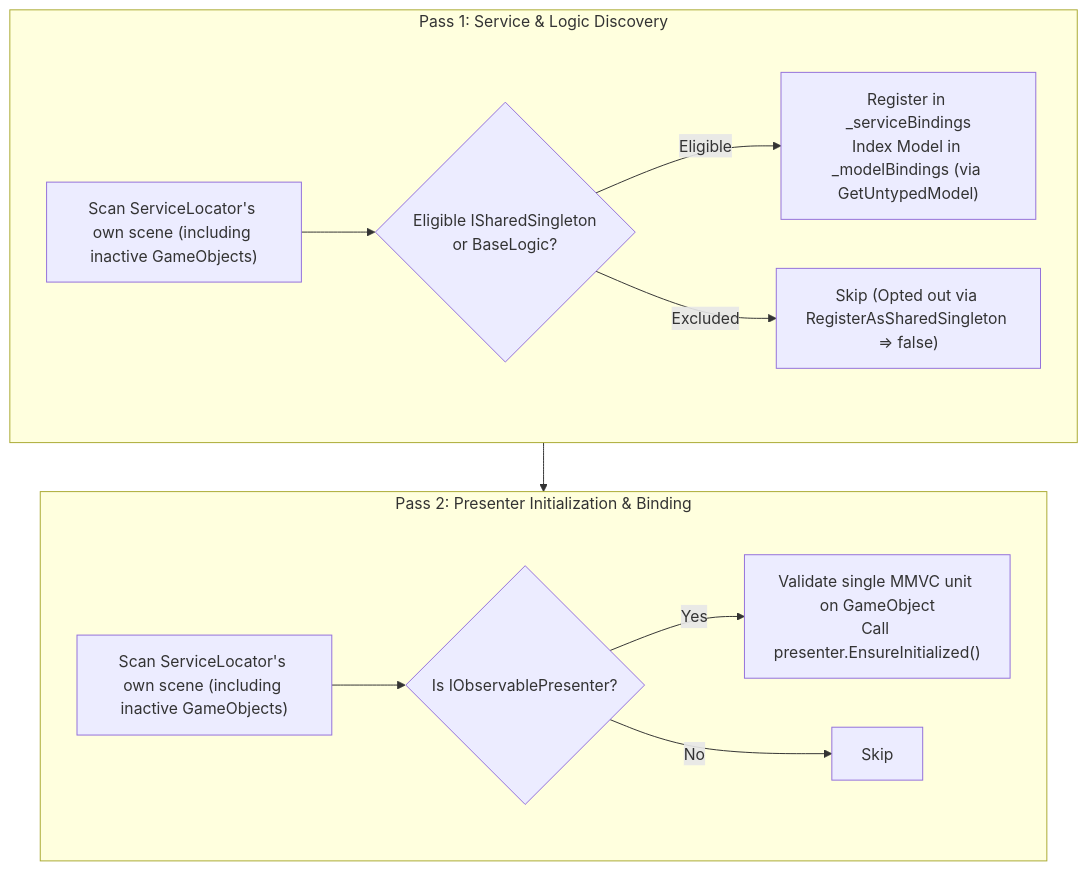
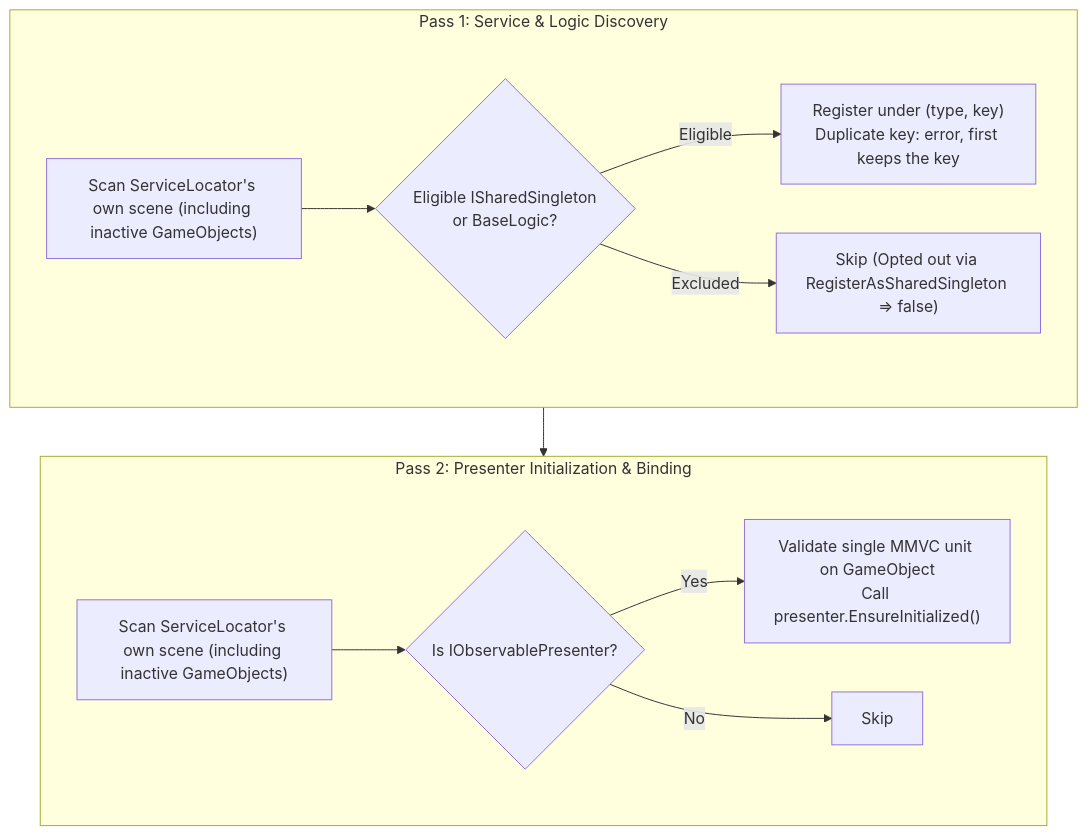
One commit to alexxtaurus83/unity-savableobservable changed the third of 5 diagrams in Packages/com.evialdev.savableobservable/Documentation~/UnityLifecycle.md. Above: the diagram before and after it, drawn with Mermaid. The commit also changed other lines of this file and 65 other files, not shown here.

````diff
--- a/Packages/com.evialdev.savableobservable/Documentation~/UnityLifecycle.md
+++ b/Packages/com.evialdev.savableobservable/Documentation~/UnityLifecycle.md
@@ -106,26 +95,26 @@
 ```mermaid
 flowchart TD
     subgraph Pass1 ["Pass 1: Service & Logic Discovery"]
         P1_Scan["Scan ServiceLocator's own scene (including inactive GameObjects)"]
         P1_Check{"Eligible ISharedSingleton<br/>or BaseLogic?"}
-        P1_Register["Register in _serviceBindings<br/>Index Model in _modelBindings (via GetUntypedModel)"]
+        P1_Register["Register under (type, key)<br/>Duplicate key: error, first keeps the key"]
         P1_Skip["Skip (Opted out via RegisterAsSharedSingleton => false)"]
 
         P1_Scan --> P1_Check
         P1_Check -- Eligible --> P1_Register
         P1_Check -- Excluded --> P1_Skip
     end
 
     subgraph Pass2 ["Pass 2: Presenter Initialization & Binding"]
         P2_Scan["Scan ServiceLocator's own scene (including inactive GameObjects)"]
         P2_Check{"Is IObservablePresenter?"}
         P2_Init["Validate single MMVC unit on GameObject<br/>Call presenter.EnsureInitialized()"]
         P2_Skip["Skip"]
 
         P2_Scan --> P2_Check
         P2_Check -- Yes --> P2_Init
         P2_Check -- No --> P2_Skip
     end
 
     Pass1 --> Pass2
 ```
````
